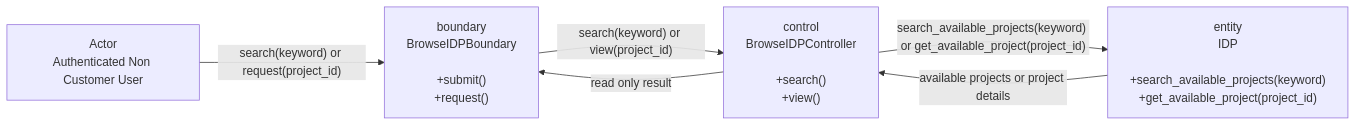
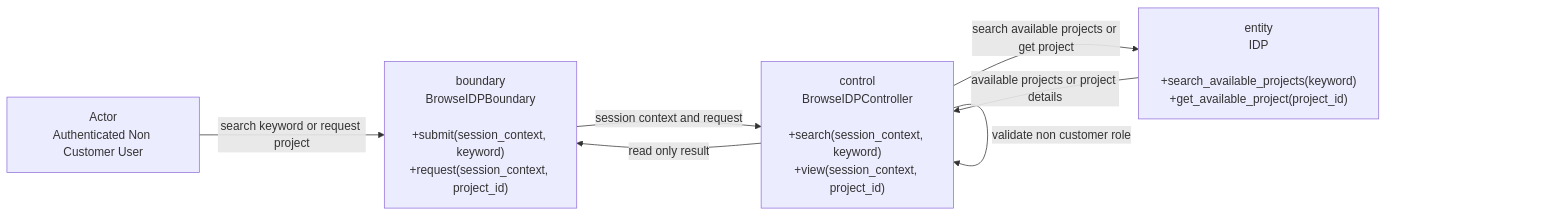
Before and after one commit to boyinapuddle/CSIT314-Chinese: the first of 2 diagrams in interior_platform/diagrams/US50_Browse_IDPs_as_Authenticated_Non_Customer/README.md, drawn with Mermaid. The commit also changed other lines of this file and 36 other files, not shown here.

````diff
--- a/interior_platform/diagrams/US50_Browse_IDPs_as_Authenticated_Non_Customer/README.md
+++ b/interior_platform/diagrams/US50_Browse_IDPs_as_Authenticated_Non_Customer/README.md
@@ -5,12 +5,13 @@
 ```mermaid
 flowchart LR
     N0["Actor<br/>Authenticated Non Customer User"]
-    N1["boundary<br/>BrowseIDPBoundary<br/><br/>+submit()<br/>+request()"]
-    N2["control<br/>BrowseIDPController<br/><br/>+search()<br/>+view()"]
+    N1["boundary<br/>BrowseIDPBoundary<br/><br/>+submit(session_context, keyword)<br/>+request(session_context, project_id)"]
+    N2["control<br/>BrowseIDPController<br/><br/>+search(session_context, keyword)<br/>+view(session_context, project_id)"]
     N3["entity<br/>IDP<br/><br/>+search_available_projects(keyword)<br/>+get_available_project(project_id)"]
-    N0 -->|"search(keyword) or request(project_id)"| N1
-    N1 -->|"search(keyword) or view(project_id)"| N2
-    N2 -->|"search_available_projects(keyword) or get_available_project(project_id)"| N3
+    N0 -->|"search keyword or request project"| N1
+    N1 -->|"session context and request"| N2
+    N2 -->|"validate non customer role"| N2
+    N2 -->|"search available projects or get project"| N3
     N3 -->|"available projects or project details"| N2
     N2 -->|"read only result"| N1
 ```
````
